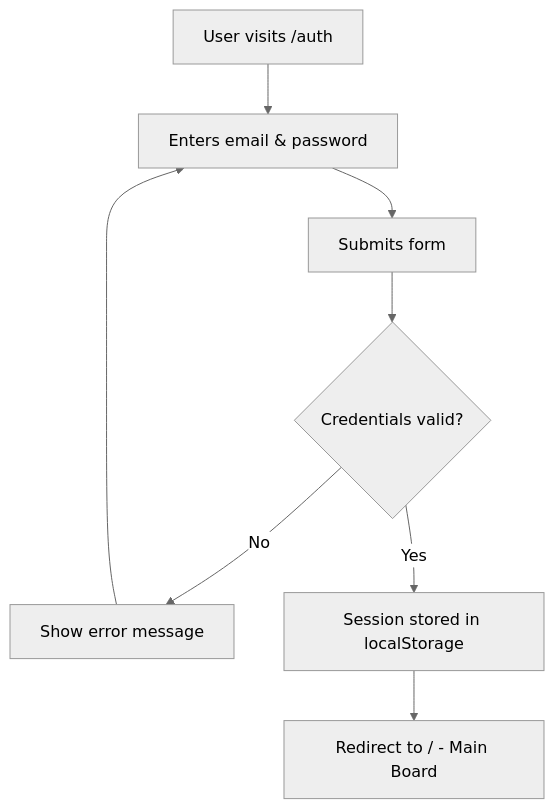
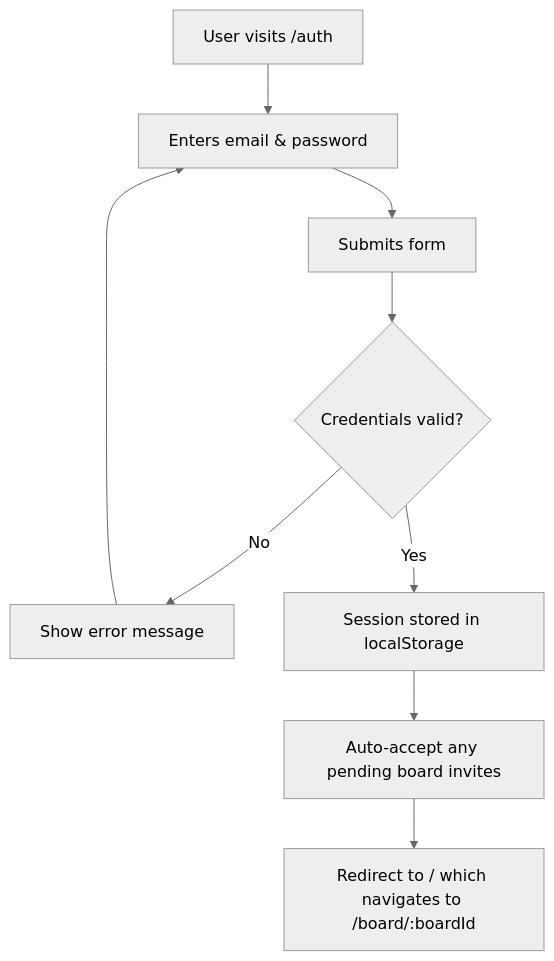
Before and after one commit to PrakritOjha/flowlink-tasks: the second of 31 diagrams in userflow.md, drawn with Mermaid (neutral theme). The commit also changed other lines of this file and 4 other files, not shown here.

First line of the commit message:
feat: Update user flow documentation with detailed steps for account creation, sign in, and board management

````diff
--- a/userflow.md
+++ b/userflow.md
@@ -27,10 +27,11 @@
 ```mermaid
 flowchart TD
     A[User visits /auth] --> B[Enters email & password]
     B --> C[Submits form]
     C --> D{Credentials valid?}
     D -- No --> E[Show error message]
     E --> B
     D -- Yes --> F[Session stored in localStorage]
-    F --> G[Redirect to / - Main Board]
+    F --> G[Auto-accept any pending board invites]
+    G --> H[Redirect to / which navigates to /board/:boardId]
 ```
````
